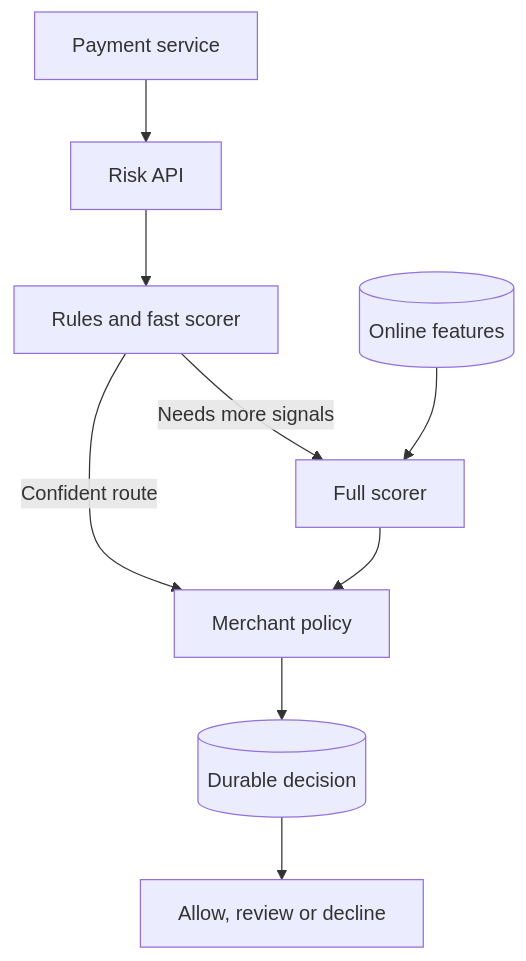
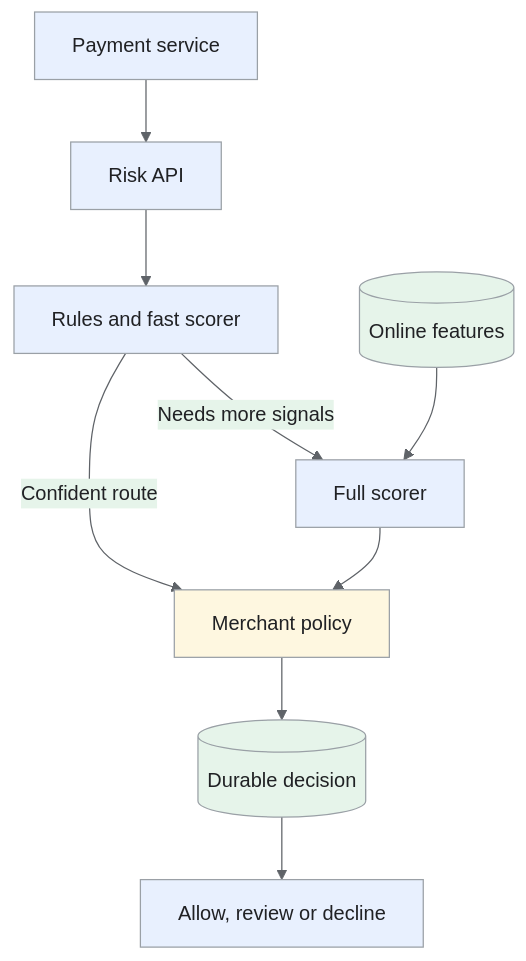
The first of 4 diagrams in _designs/system-design-ml-fraud-detection.md (iliazlobin/iliazlobin.github.io), drawn with Mermaid before and after one commit. The commit also changed other lines of this file and 25 other files, not shown here.

Commit message:
docs: explain Batch B design flows and tradeoffs

````diff
--- a/_designs/system-design-ml-fraud-detection.md
+++ b/_designs/system-design-ml-fraud-detection.md
@@ -129,11 +144,19 @@
 ```mermaid
+%%{init: {'theme':'base','themeVariables':{'primaryColor':'#e8f0fe','primaryTextColor':'#202124','primaryBorderColor':'#9aa0a6','lineColor':'#5f6368','secondaryColor':'#e6f4ea','tertiaryColor':'#fef7e0','actorBkg':'#e8f0fe','actorBorder':'#9aa0a6','actorTextColor':'#202124','noteBkgColor':'#fef7e0','noteTextColor':'#202124','noteBorderColor':'#9aa0a6','signalColor':'#5f6368','signalTextColor':'#202124','labelBoxBkgColor':'#fef7e0','labelBoxBorderColor':'#9aa0a6'}}}%%
 flowchart TB
     P["Payment service"] --> API["Risk API"]
     API --> FAST["Rules and fast scorer"]
     FAST -->|"Needs more signals"| FULL["Full scorer"]
     FAST -->|"Confident route"| POLICY["Merchant policy"]
     FULL --> POLICY
     F[("Online features")] --> FULL
     POLICY --> D[("Durable decision")]
     D --> OUT["Allow, review or decline"]
+classDef request fill:#e8f0fe,stroke:#9aa0a6,color:#202124;
+classDef data fill:#e6f4ea,stroke:#9aa0a6,color:#202124;
+classDef control fill:#fef7e0,stroke:#9aa0a6,color:#202124;
+class P,API,FAST,FULL,OUT request;
+class F,D data;
+class POLICY control;
+
 ```
````
